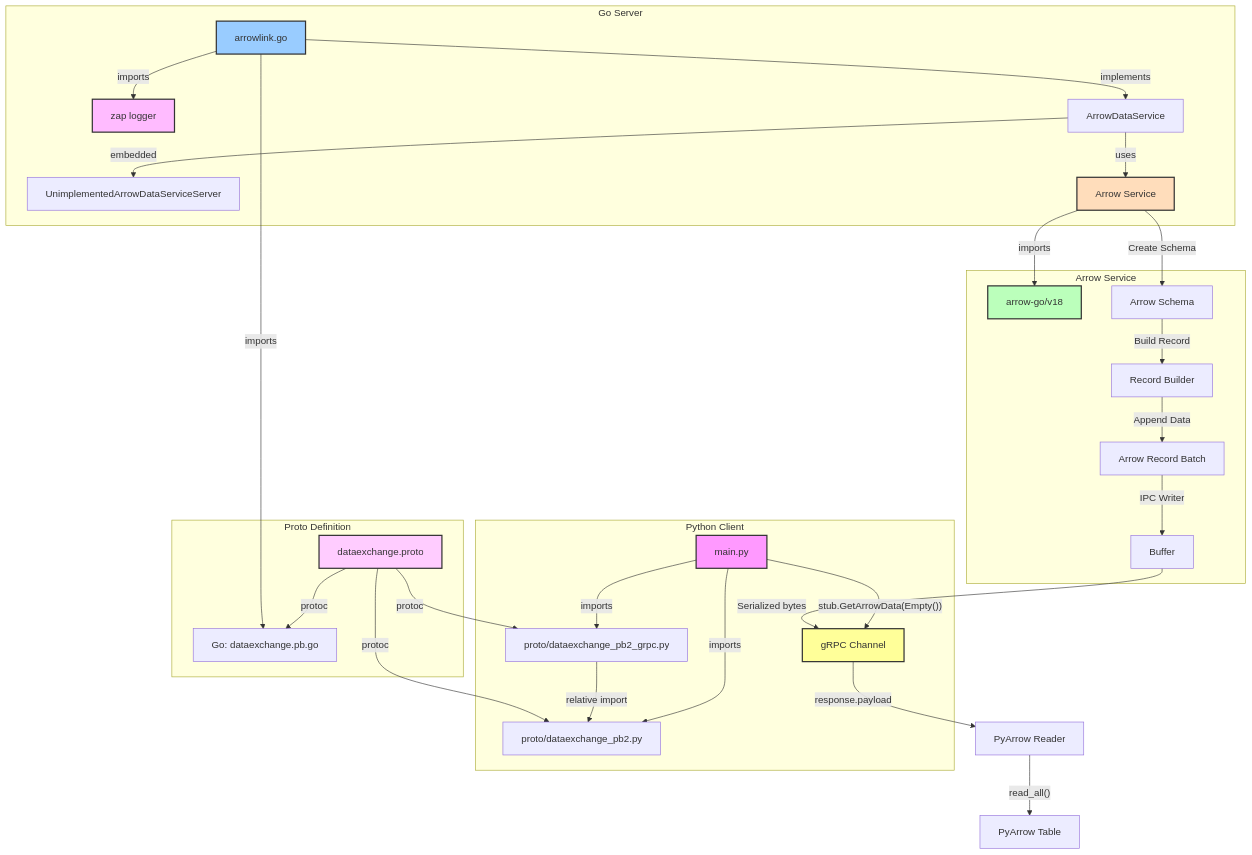
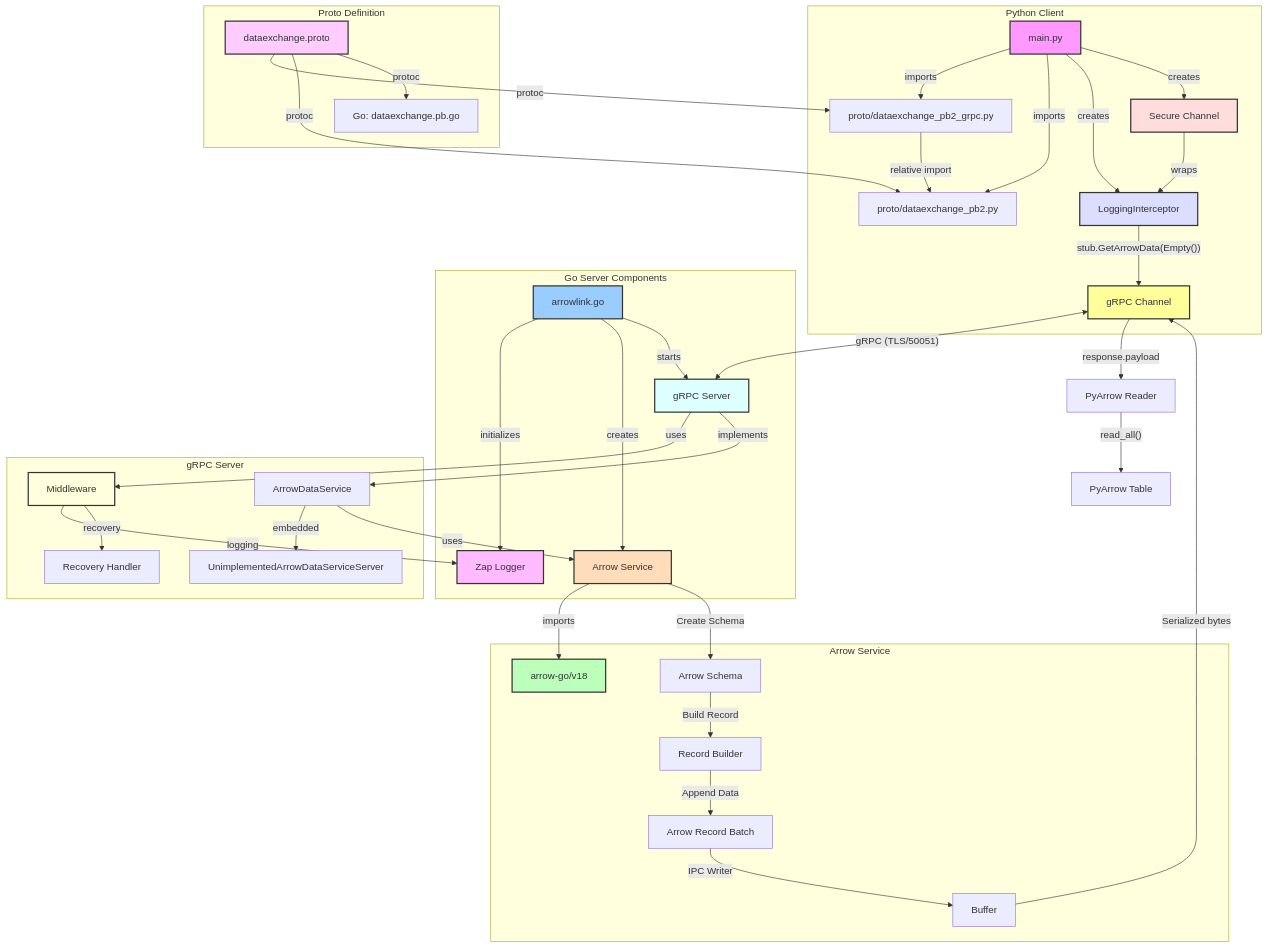
Before and after one commit to TFMV/ArrowLink: the diagram in docs/overview.mmd, drawn with Mermaid. The commit also changed 4 other files, not shown here.

```diff
--- a/docs/overview.mmd
+++ b/docs/overview.mmd
@@ -1,41 +1,56 @@
 graph TD
     subgraph "Python Client"
         A[main.py] --> |imports| B[proto/dataexchange_pb2_grpc.py]
         A --> |imports| C[proto/dataexchange_pb2.py]
         B --> |relative import| C
-        A --> |"stub.GetArrowData(Empty())"| D[gRPC Channel]
+        A --> |creates| L1[LoggingInterceptor]
+        A --> |creates| SC[Secure Channel]
+        SC --> |wraps| L1
+        L1 --> |"stub.GetArrowData(Empty())"| D[gRPC Channel]
     end
 
     subgraph "Proto Definition"
         E[dataexchange.proto] --> |protoc| B
         E --> |protoc| C
         E --> |protoc| F[Go: dataexchange.pb.go]
     end
 
-    subgraph "Go Server"
-        G[arrowlink.go] --> |imports| F
-        G --> |imports| M[zap logger]
-        G --> |implements| H[ArrowDataService]
+    subgraph "Go Server Components"
+        G[arrowlink.go] --> |initializes| M[Zap Logger]
+        G --> |creates| S[Arrow Service]
+        G --> |starts| GS[gRPC Server]
+    end
+
+    subgraph "gRPC Server"
+        GS --> |uses| MW[Middleware]
+        MW --> |logging| M
+        MW --> |recovery| REC[Recovery Handler]
+        GS --> |implements| H[ArrowDataService]
         H --> |embedded| N[UnimplementedArrowDataServiceServer]
-        H --> |uses| S[Arrow Service]
+        H --> |uses| S
     end
 
     subgraph "Arrow Service"
-        S --> |imports| L[arrow-go/v18]
+        S --> |imports| L2[arrow-go/v18]
         S --> |"Create Schema"| O[Arrow Schema]
         O --> |"Build Record"| P[Record Builder]
         P --> |"Append Data"| I[Arrow Record Batch]
         I --> |"IPC Writer"| Q[Buffer]
     end
 
+    D <--> |"gRPC (TLS/50051)"| GS
     Q --> |"Serialized bytes"| D
     D --> |"response.payload"| J[PyArrow Reader]
     J --> |"read_all()"| R[PyArrow Table]
 
     style A fill:#f9f,stroke:#333,stroke-width:2px
     style G fill:#9cf,stroke:#333,stroke-width:2px
     style E fill:#fcf,stroke:#333,stroke-width:2px
     style D fill:#ff9,stroke:#333,stroke-width:2px
-    style L fill:#bfb,stroke:#333,stroke-width:2px
+    style L2 fill:#bfb,stroke:#333,stroke-width:2px
     style M fill:#fbf,stroke:#333,stroke-width:2px
     style S fill:#fdb,stroke:#333,stroke-width:2px
+    style GS fill:#dff,stroke:#333,stroke-width:2px
+    style MW fill:#ffd,stroke:#333,stroke-width:2px
+    style L1 fill:#ddf,stroke:#333,stroke-width:2px
+    style SC fill:#fdd,stroke:#333,stroke-width:2px
```
